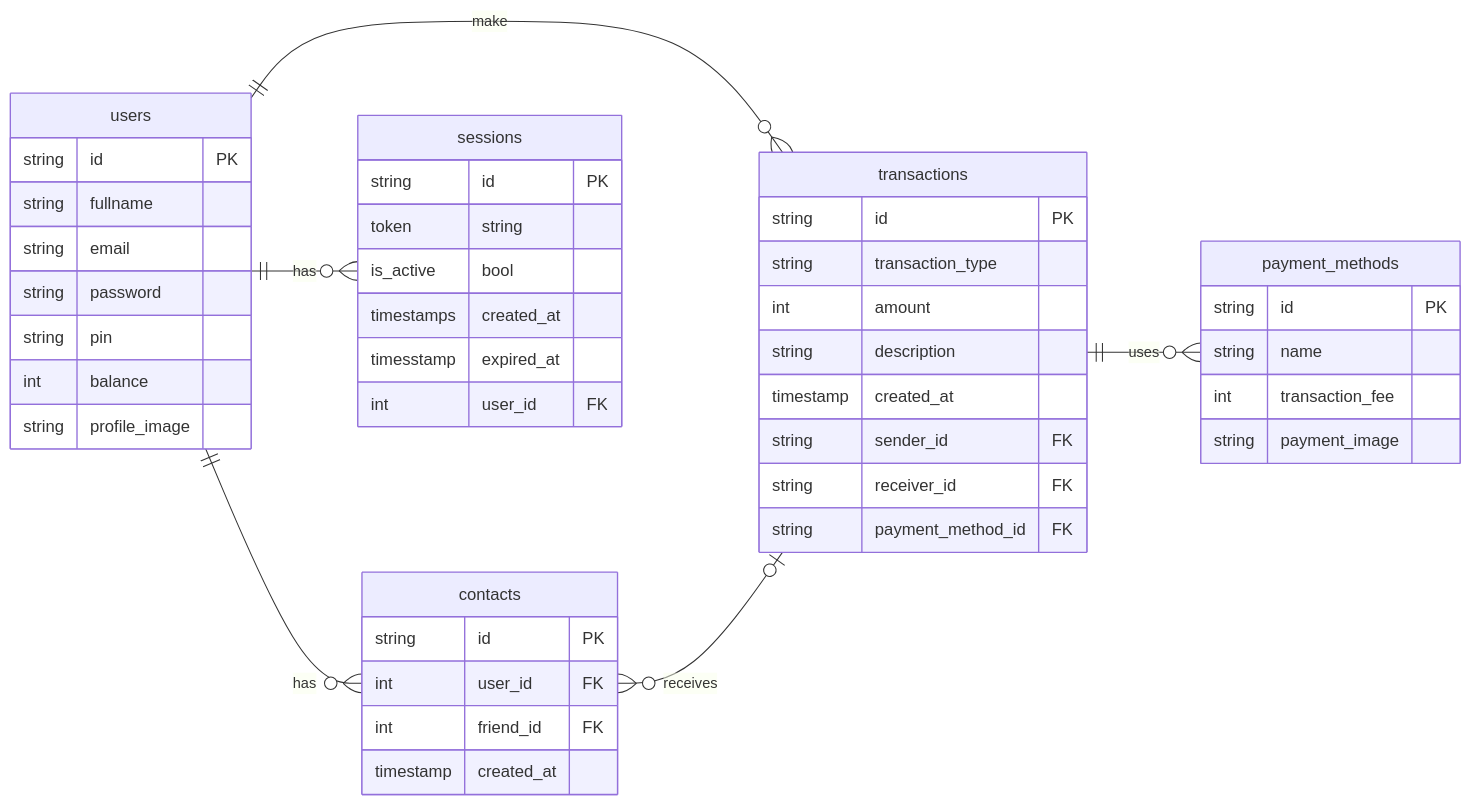
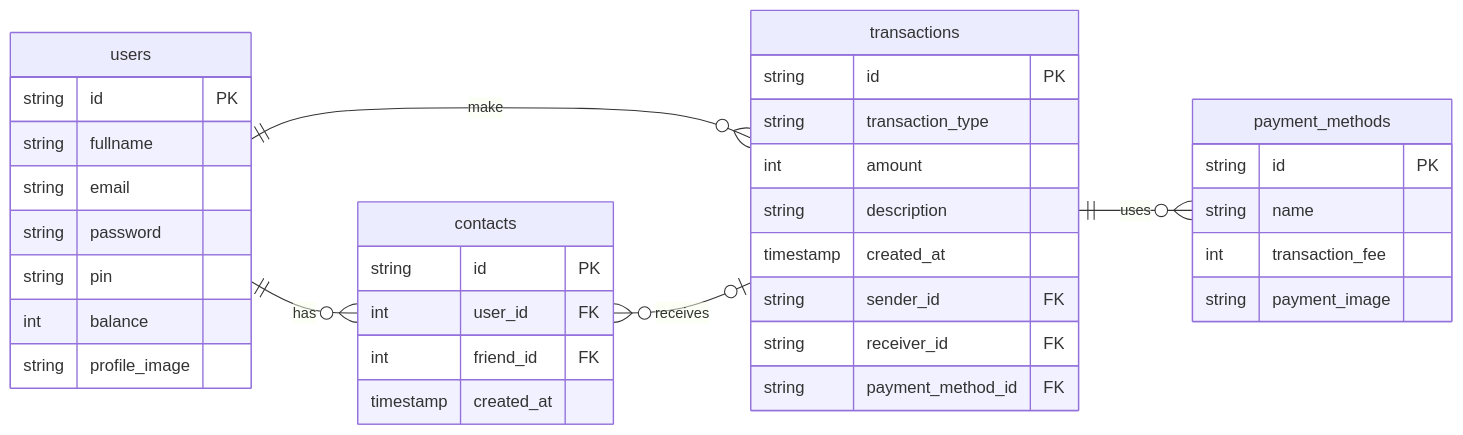
The diagram in readme.MD (yusufbahtiarr/fgo24-be-weeklytask), drawn with Mermaid before and after one commit. The commit also changed 4 other files, not shown here.

````diff
--- a/readme.MD
+++ b/readme.MD
@@ -5,53 +5,42 @@
 ```mermaid
 erDiagram
     direction LR
     users ||--o{ contacts : has
     users ||--o{ transactions : make
-    users ||--o{ sessions : has
     contacts }o--o| transactions : receives
     transactions ||--o{ payment_methods : uses
 
     users {
         string id PK
         string fullname
         string email
         string password
         string pin
         int balance
         string profile_image
     }
     transactions {
         string id PK
         string transaction_type
         int amount
         string description
         timestamp created_at
         string sender_id FK
         string receiver_id FK
         string payment_method_id FK
     }
     payment_methods {
         string id PK
         string name
         int transaction_fee
         string payment_image
     }
 
     contacts {
         string id PK
         int user_id FK
         int friend_id FK
         timestamp created_at
     }
 
-    sessions {
-        string id PK
-        token string
-        is_active bool
-        timestamps created_at
-        timesstamp expired_at
-        int user_id FK
-    }
-
-
 ```
````
